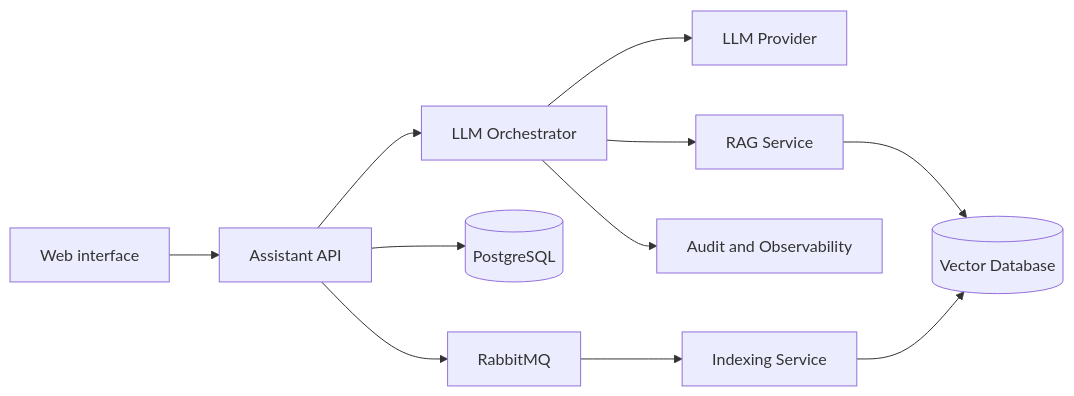
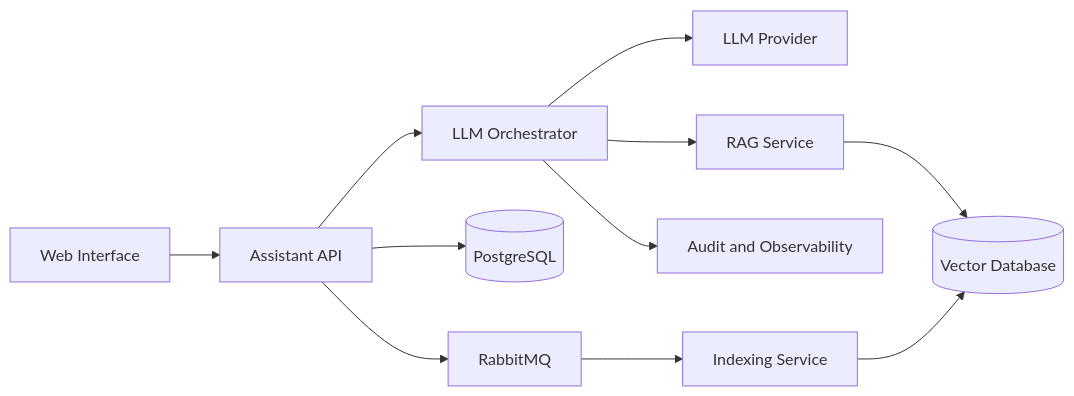
The diagram in README.md (kristinapower92/knowledgepilot-qa-lead), drawn with Mermaid before and after one commit. The commit also changed other lines of this file, not shown here.

````diff
--- a/README.md
+++ b/README.md
@@ -53,13 +66,13 @@
 ```mermaid
 flowchart LR
-    USER[Web interface] --> API[Assistant API]
+    USER[Web Interface] --> API[Assistant API]
     API --> ORCH[LLM Orchestrator]
     ORCH --> LLM[LLM Provider]
     ORCH --> RAG[RAG Service]
     RAG --> VECTOR[(Vector Database)]
     API --> DB[(PostgreSQL)]
     API --> MQ[RabbitMQ]
     MQ --> INDEX[Indexing Service]
     INDEX --> VECTOR
     ORCH --> AUDIT[Audit and Observability]
 ```
````
